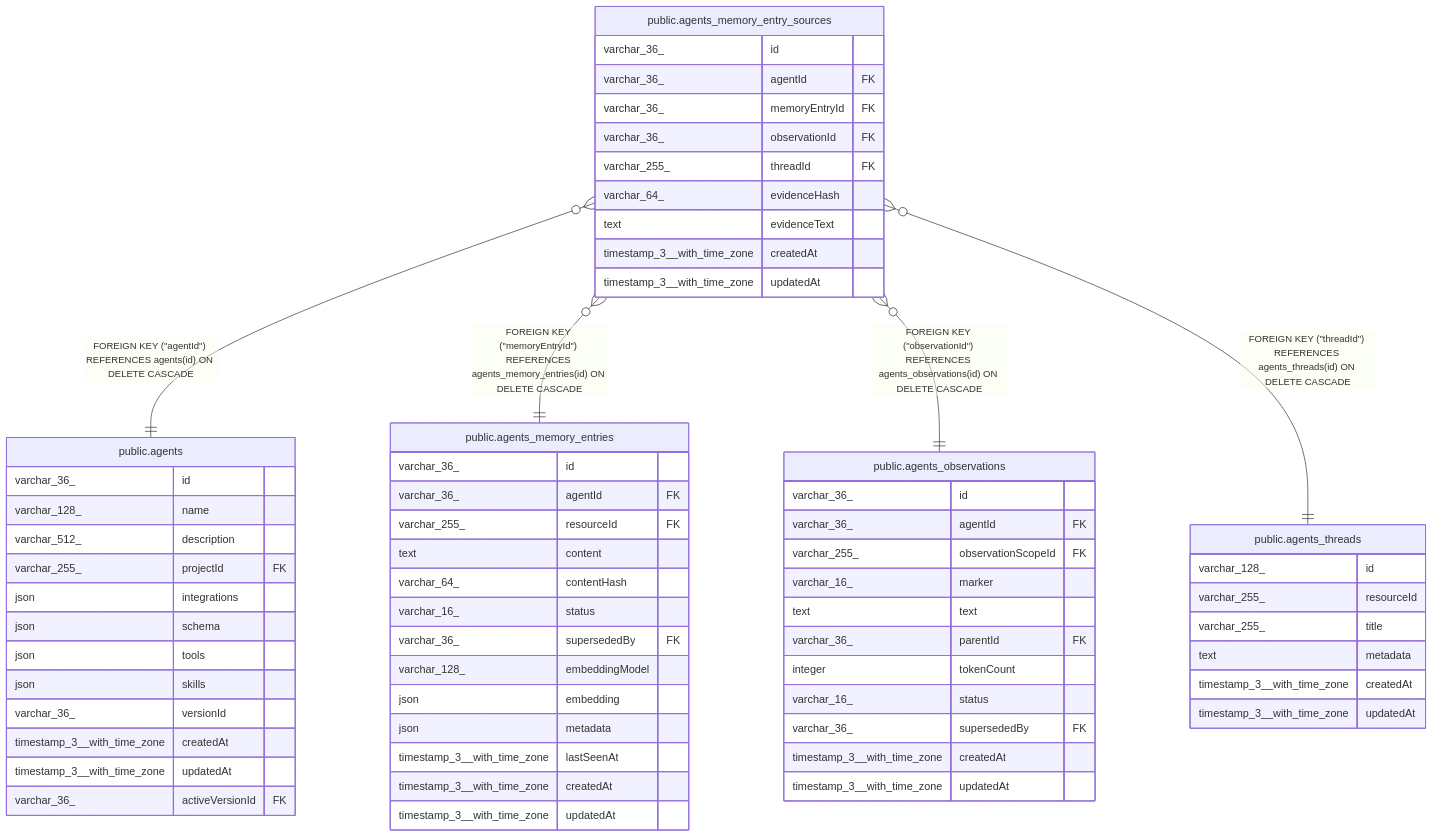
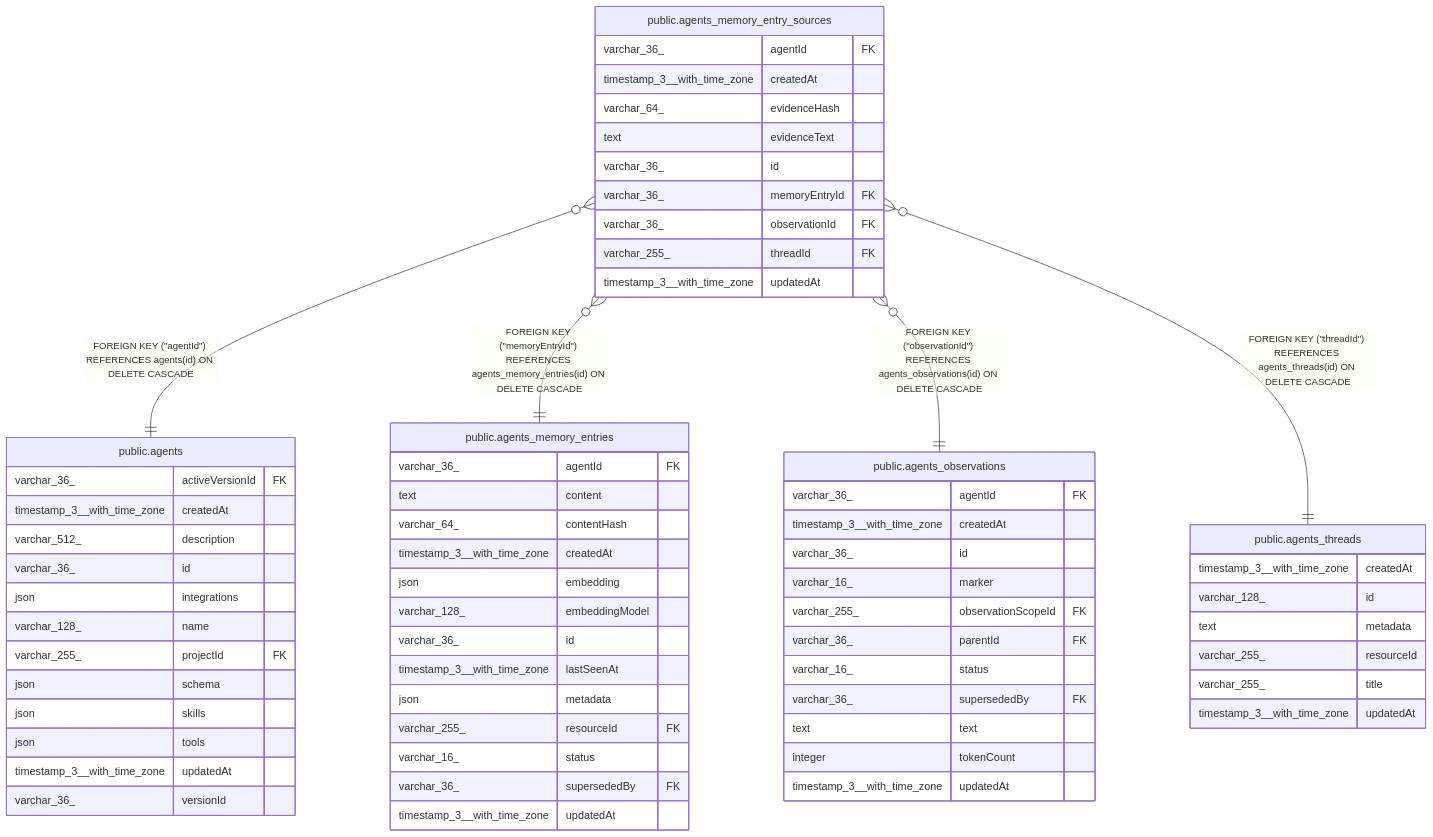
The diagram in docs/generated/postgres-schema/public.agents_memory_entry_sources.md (mayankjain1815-commits/n8n), drawn with Mermaid before and after one commit. The commit also changed other lines of this file and 221 other files, not shown here.

Commit message:
chore(core): Make DB schema docs generation deterministic (#32373)

````diff
--- a/docs/generated/postgres-schema/public.agents_memory_entry_sources.md
+++ b/docs/generated/postgres-schema/public.agents_memory_entry_sources.md
@@ -48,70 +48,70 @@
 ```mermaid
 erDiagram
 
 "public.agents_memory_entry_sources" }o--|| "public.agents" : "FOREIGN KEY (#quot;agentId#quot;) REFERENCES agents(id) ON DELETE CASCADE"
 "public.agents_memory_entry_sources" }o--|| "public.agents_memory_entries" : "FOREIGN KEY (#quot;memoryEntryId#quot;) REFERENCES agents_memory_entries(id) ON DELETE CASCADE"
 "public.agents_memory_entry_sources" }o--|| "public.agents_observations" : "FOREIGN KEY (#quot;observationId#quot;) REFERENCES agents_observations(id) ON DELETE CASCADE"
 "public.agents_memory_entry_sources" }o--|| "public.agents_threads" : "FOREIGN KEY (#quot;threadId#quot;) REFERENCES agents_threads(id) ON DELETE CASCADE"
 
 "public.agents_memory_entry_sources" {
+  varchar_36_ agentId FK
+  timestamp_3__with_time_zone createdAt
+  varchar_64_ evidenceHash
+  text evidenceText
   varchar_36_ id
-  varchar_36_ agentId FK
   varchar_36_ memoryEntryId FK
   varchar_36_ observationId FK
   varchar_255_ threadId FK
-  varchar_64_ evidenceHash
-  text evidenceText
-  timestamp_3__with_time_zone createdAt
   timestamp_3__with_time_zone updatedAt
 }
 "public.agents" {
+  varchar_36_ activeVersionId FK
+  timestamp_3__with_time_zone createdAt
+  varchar_512_ description
   varchar_36_ id
+  json integrations
   varchar_128_ name
-  varchar_512_ description
   varchar_255_ projectId FK
-  json integrations
   json schema
+  json skills
   json tools
-  json skills
+  timestamp_3__with_time_zone updatedAt
   varchar_36_ versionId
-  timestamp_3__with_time_zone createdAt
-  timestamp_3__with_time_zone updatedAt
-  varchar_36_ activeVersionId FK
 }
 "public.agents_memory_entries" {
-  varchar_36_ id
   varchar_36_ agentId FK
-  varchar_255_ resourceId FK
   text content
   varchar_64_ contentHash
+  timestamp_3__with_time_zone createdAt
+  json embedding
+  varchar_128_ embeddingModel
+  varchar_36_ id
+  timestamp_3__with_time_zone lastSeenAt
+  json metadata
+  varchar_255_ resourceId FK
   varchar_16_ status
   varchar_36_ supersededBy FK
-  varchar_128_ embeddingModel
-  json embedding
-  json metadata
-  timestamp_3__with_time_zone lastSeenAt
-  timestamp_3__with_time_zone createdAt
   timestamp_3__with_time_zone updatedAt
 }
 "public.agents_observations" {
+  varchar_36_ agentId FK
+  timestamp_3__with_time_zone createdAt
   varchar_36_ id
-  varchar_36_ agentId FK
+  varchar_16_ marker
   varchar_255_ observationScopeId FK
-  varchar_16_ marker
-  text text
   varchar_36_ parentId FK
-  integer tokenCount
   varchar_16_ status
   varchar_36_ supersededBy FK
-  timestamp_3__with_time_zone createdAt
+  text text
+  integer tokenCount
   timestamp_3__with_time_zone updatedAt
 }
 "public.agents_threads" {
+  timestamp_3__with_time_zone createdAt
   varchar_128_ id
+  text metadata
   varchar_255_ resourceId
   varchar_255_ title
-  text metadata
-  timestamp_3__with_time_zone createdAt
   timestamp_3__with_time_zone updatedAt
 }
 ```
````
